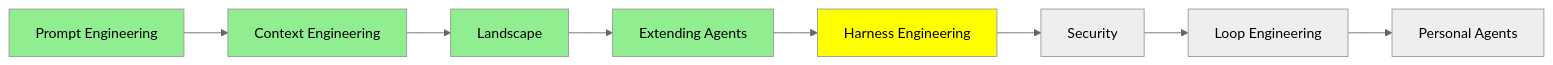
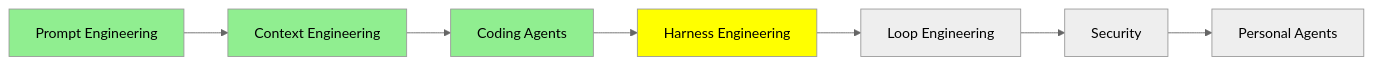
The third of 3 diagrams in mini-courses/2_intermediate/harness_engineering.md (lokumai/ai-engineering-bazaar), drawn with Mermaid (neutral theme) before and after one commit. The commit also changed 23 other files, not shown here.

````diff
--- a/mini-courses/2_intermediate/harness_engineering.md
+++ b/mini-courses/2_intermediate/harness_engineering.md
@@ -267,15 +267,13 @@
 ```mermaid
 graph LR
     A[Prompt Engineering] --> B[Context Engineering]
-    B --> C[Landscape]
-    C --> D[Extending Agents]
-    D --> E[Harness Engineering]
+    B --> C[Coding Agents]
+    C --> D[Harness Engineering]
+    D --> E[Loop Engineering]
     E --> F[Security]
-    F --> G[Loop Engineering]
-    G --> H[Personal Agents]
+    F --> G[Personal Agents]
     style A fill:#90EE90
     style B fill:#90EE90
     style C fill:#90EE90
-    style D fill:#90EE90
-    style E fill:#FFFF00
+    style D fill:#FFFF00
 ```
````
